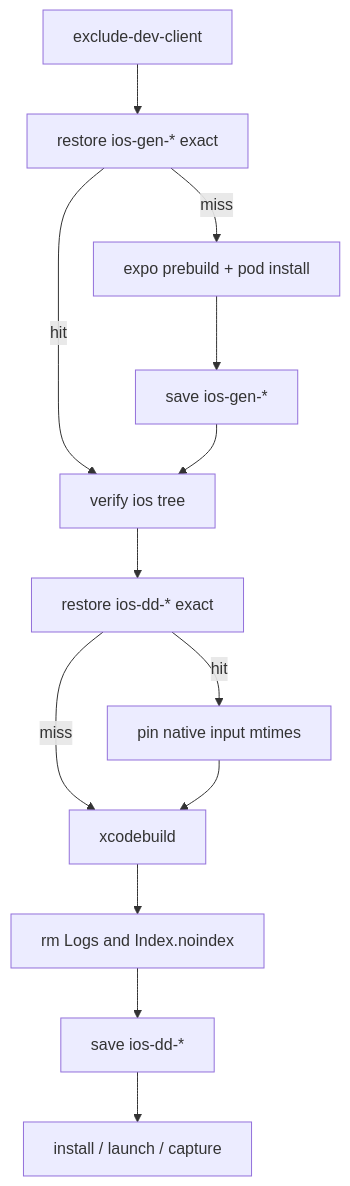
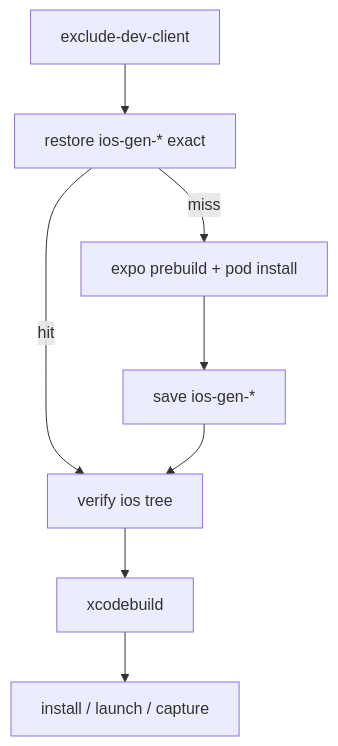
One commit to AruNi-01/atmos changed the diagram in specs/APP/QUALITY-022_ios-simulator-ci-cache/TECH.md. Above: the diagram before and after it, drawn with Mermaid. The commit also changed other lines of this file and 4 other files, not shown here.

````diff
--- a/specs/APP/QUALITY-022_ios-simulator-ci-cache/TECH.md
+++ b/specs/APP/QUALITY-022_ios-simulator-ci-cache/TECH.md
@@ -74,15 +82,10 @@
 ```mermaid
 flowchart TD
   bake["exclude-dev-client"] --> iosRestore["restore ios-gen-* exact"]
   iosRestore -->|miss| prebuild["expo prebuild + pod install"]
   prebuild --> iosSave["save ios-gen-*"]
   iosRestore -->|hit| verify["verify ios tree"]
   iosSave --> verify
-  verify --> ddRestore["restore ios-dd-* exact"]
-  ddRestore -->|hit| mtime["pin native input mtimes"]
-  ddRestore -->|miss| xcodebuild["xcodebuild"]
-  mtime --> xcodebuild
-  xcodebuild --> prune["rm Logs and Index.noindex"]
-  prune --> ddSave["save ios-dd-*"]
-  ddSave --> capture["install / launch / capture"]
+  verify --> xcodebuild["xcodebuild"]
+  xcodebuild --> capture["install / launch / capture"]
 ```
````
